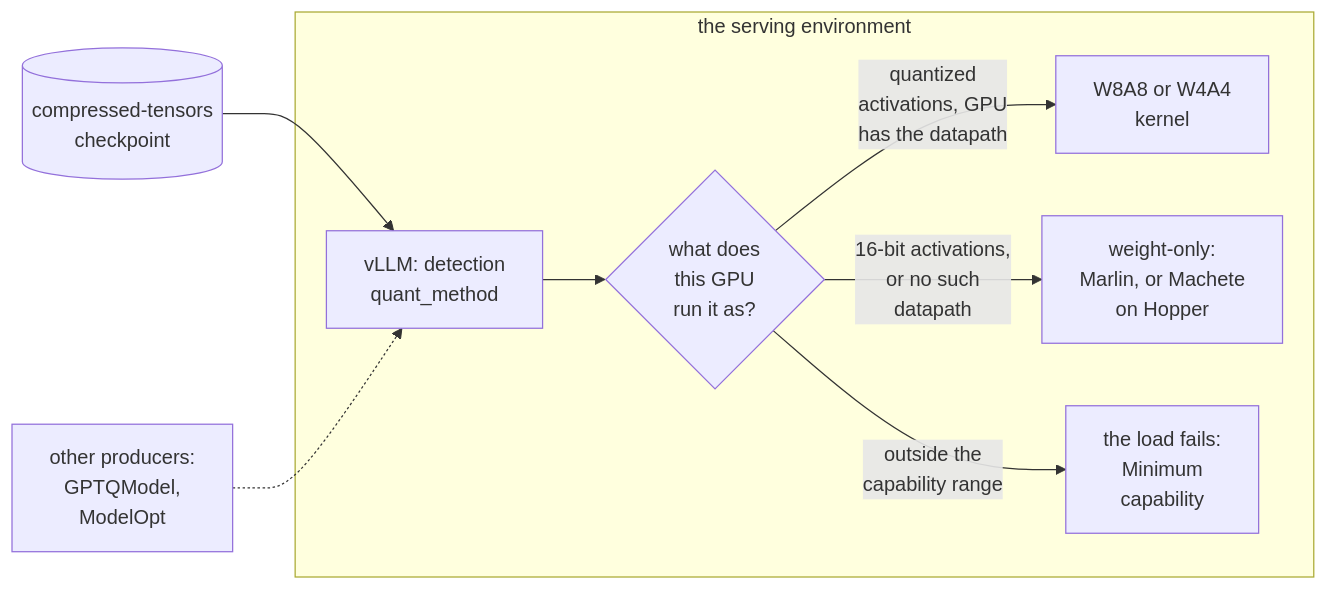
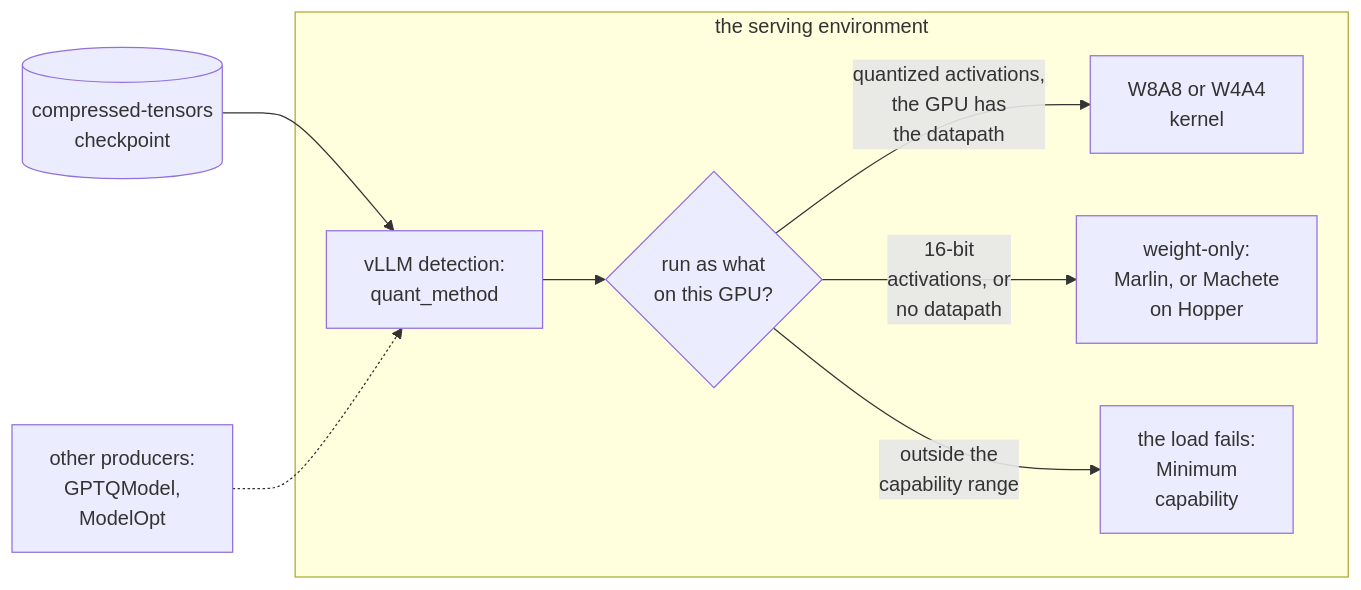
One commit to aniryou/full-stack-agentic-engineer changed the second of 3 diagrams in 04-inference-engine/quantization/PRIMER.md. Above: the diagram before and after it, drawn with Mermaid. The commit also changed other lines of this file and 28 other files, not shown here.

First line of the commit message:
WIP snapshot: the figure round (charts, improvements, additions) in progress (2026-10-30T17:46:25Z); not validated [skip ci]

````diff
--- a/04-inference-engine/quantization/PRIMER.md
+++ b/04-inference-engine/quantization/PRIMER.md
@@ -803,11 +803,11 @@
 ```mermaid
 flowchart LR
   K[("compressed-tensors<br/>checkpoint")] --> V
   P["other producers:<br/>GPTQModel,<br/>ModelOpt"] -.-> V
   subgraph S["the serving environment"]
-    V["vLLM: detection<br/>quant_method"] --> G{"what does<br/>this GPU<br/>run it as?"}
-    G -->|"quantized<br/>activations, GPU<br/>has the datapath"| N["W8A8 or W4A4<br/>kernel"]
-    G -->|"16-bit activations,<br/>or no such<br/>datapath"| W["weight-only:<br/>Marlin, or Machete<br/>on Hopper"]
+    V["vLLM detection:<br/>quant_method"] --> G{"run as what<br/>on this GPU?"}
+    G -->|"quantized activations,<br/>the GPU has<br/>the datapath"| N["W8A8 or W4A4<br/>kernel"]
+    G -->|"16-bit<br/>activations, or<br/>no datapath"| W["weight-only:<br/>Marlin, or Machete<br/>on Hopper"]
     G -->|"outside the<br/>capability range"| E["the load fails:<br/>Minimum<br/>capability"]
   end
 ```
````
